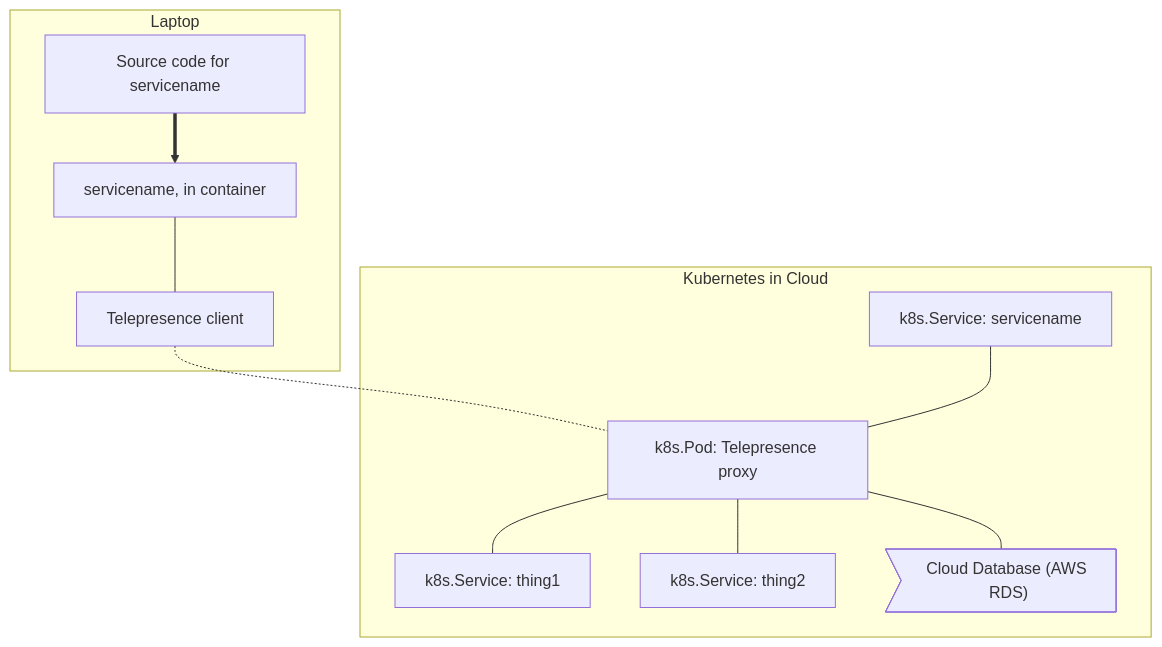
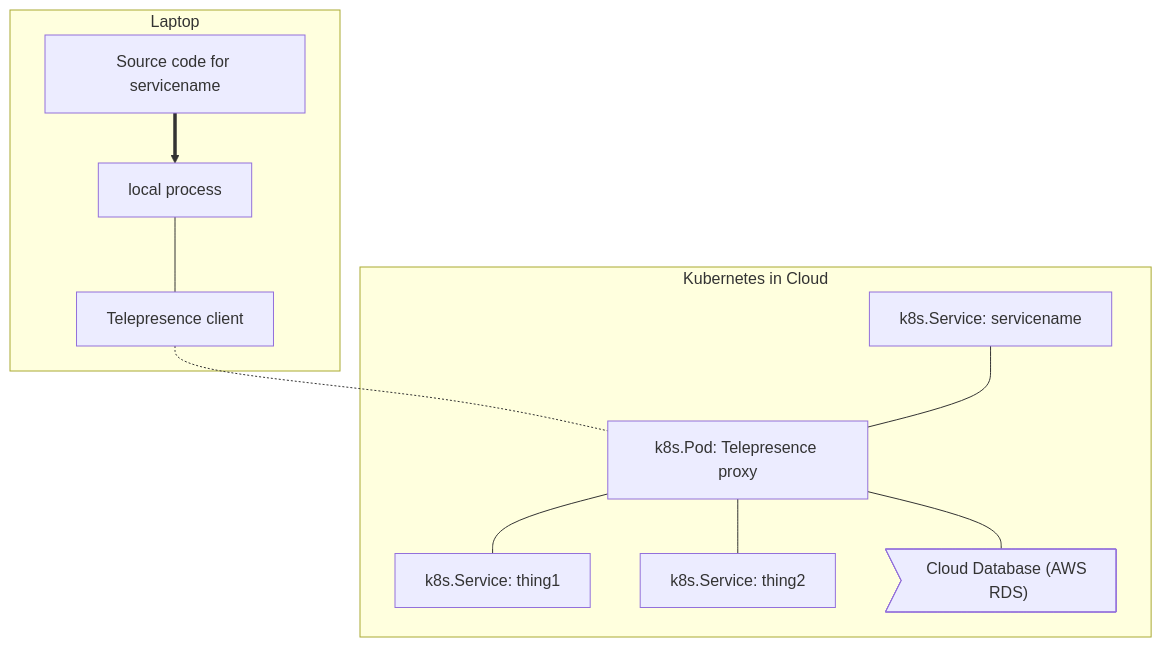
Before and after one commit to telepresenceio/telepresence.io: the third of 4 diagrams in index.md, drawn with Mermaid. The commit also changed other lines of this file, not shown here.

```diff
--- a/index.md
+++ b/index.md
@@ -70,14 +64,14 @@
 <div class="mermaid">
 graph TD
   subgraph Laptop
-    code["Source code for servicename"]==>local["servicename, in container"]
+    code["Source code for servicename"]==>local["local process"]
     local---client[Telepresence client]
   end
   subgraph Kubernetes in Cloud
     client-.-proxy["k8s.Pod: Telepresence proxy"]
     s1["k8s.Service: servicename"]---proxy
     proxy---s2["k8s.Service: thing1"]
     proxy---s3["k8s.Service: thing2"]
     proxy---c1>"Cloud Database (AWS RDS)"]
   end
 </div>
```
